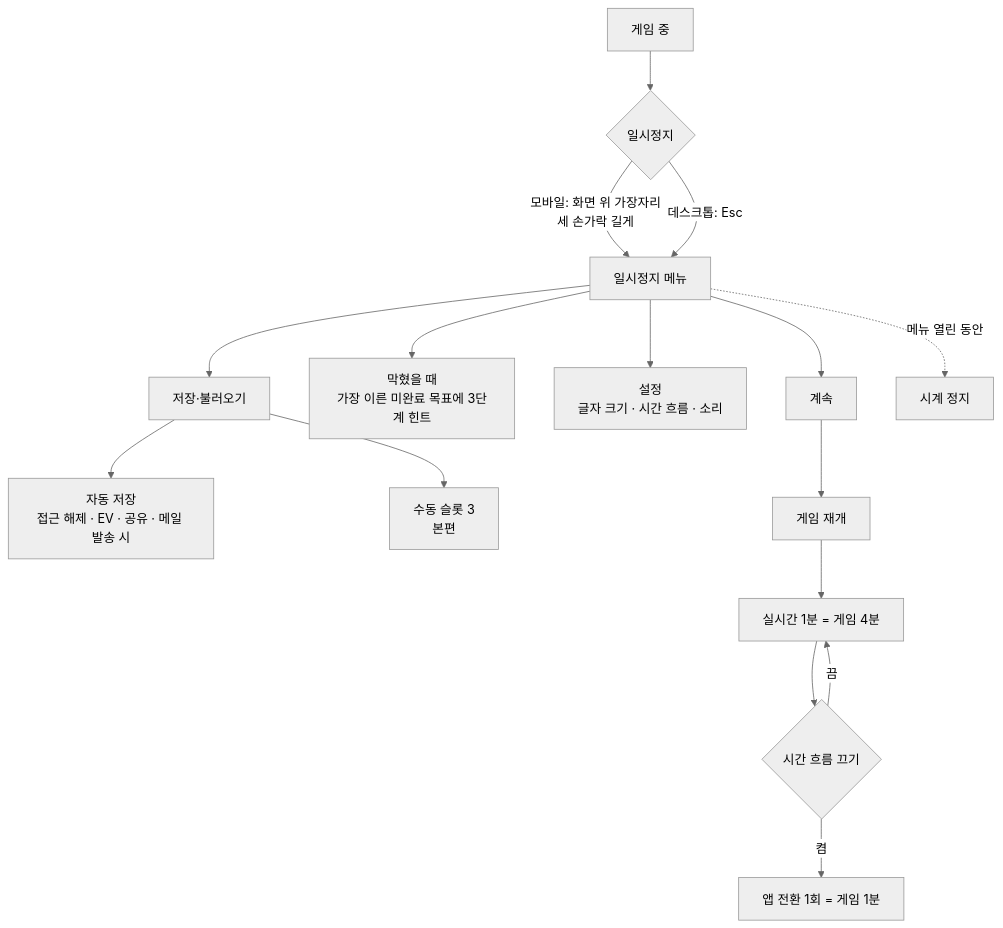
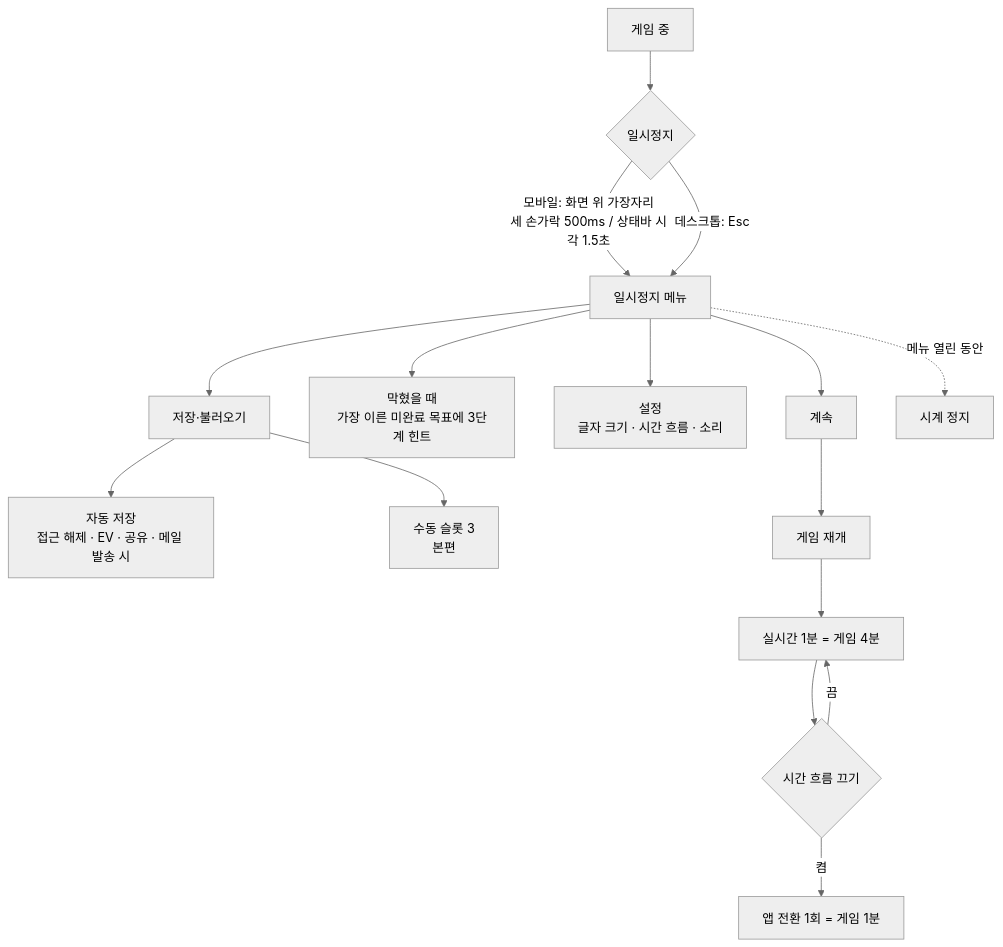
The eighth of 8 diagrams in design/01-product/USER_FLOWS.md (choiseohyeonhh/DONTKNOW), drawn with Mermaid (neutral theme) before and after one commit. The commit also changed other lines of this file and 42 other files, not shown here.

````diff
--- a/design/01-product/USER_FLOWS.md
+++ b/design/01-product/USER_FLOWS.md
@@ -169,18 +169,18 @@
 ```mermaid
 flowchart TD
     A[게임 중] --> B{일시정지}
-    B -->|모바일: 화면 위 가장자리<br/>세 손가락 길게| C[일시정지 메뉴]
+    B -->|모바일: 화면 위 가장자리<br/>세 손가락 500ms / 상태바 시각 1.5초| C[일시정지 메뉴]
     B -->|데스크톱: Esc| C
     C --> D[계속]
     C --> E[막혔을 때<br/>가장 이른 미완료 목표에 3단계 힌트]
     C --> F[설정<br/>글자 크기 · 시간 흐름 · 소리]
     C --> G[저장·불러오기]
     G --> H[자동 저장<br/>접근 해제 · EV · 공유 · 메일 발송 시]
     G --> I[수동 슬롯 3<br/>본편]
     C -.->|메뉴 열린 동안| J[시계 정지]
     D --> K[게임 재개]
     K --> L[실시간 1분 = 게임 4분]
     L --> M{시간 흐름 끄기}
     M -->|켬| N[앱 전환 1회 = 게임 1분]
     M -->|끔| L
 ```
````
